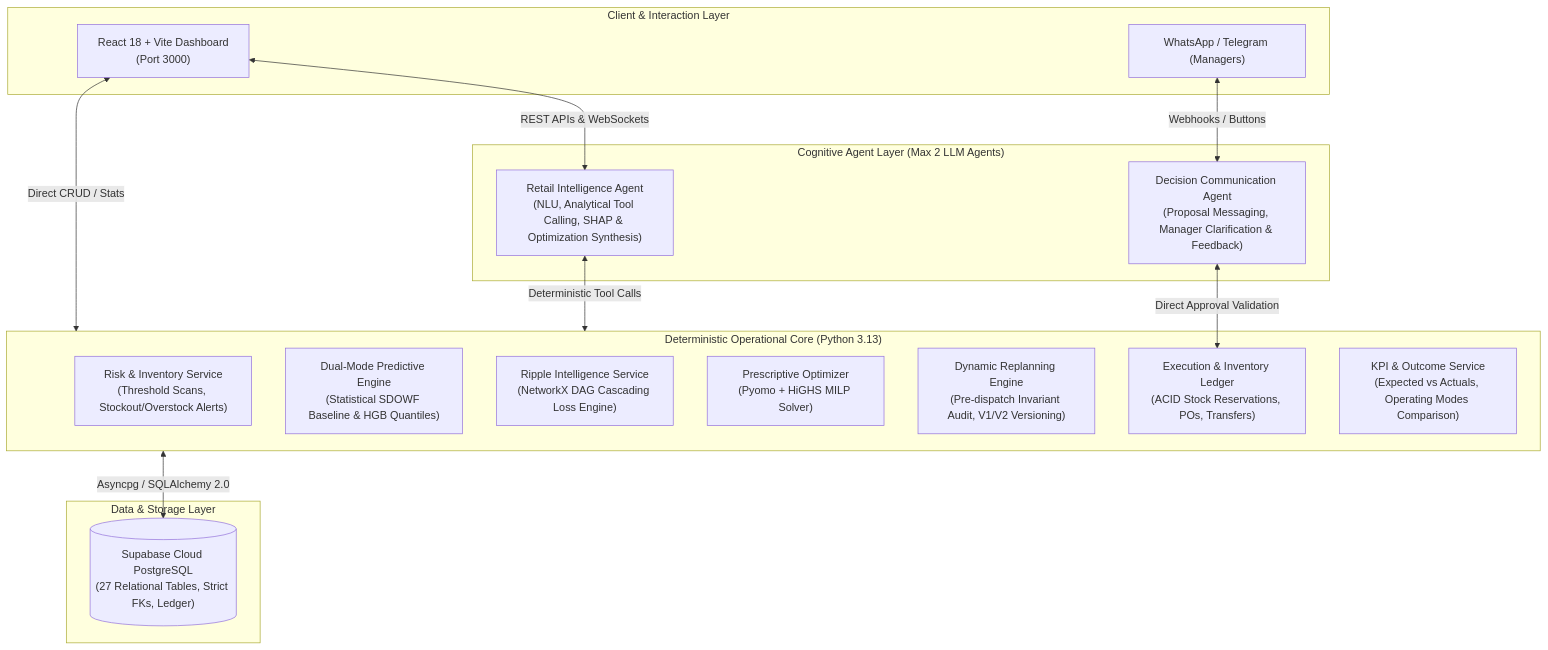
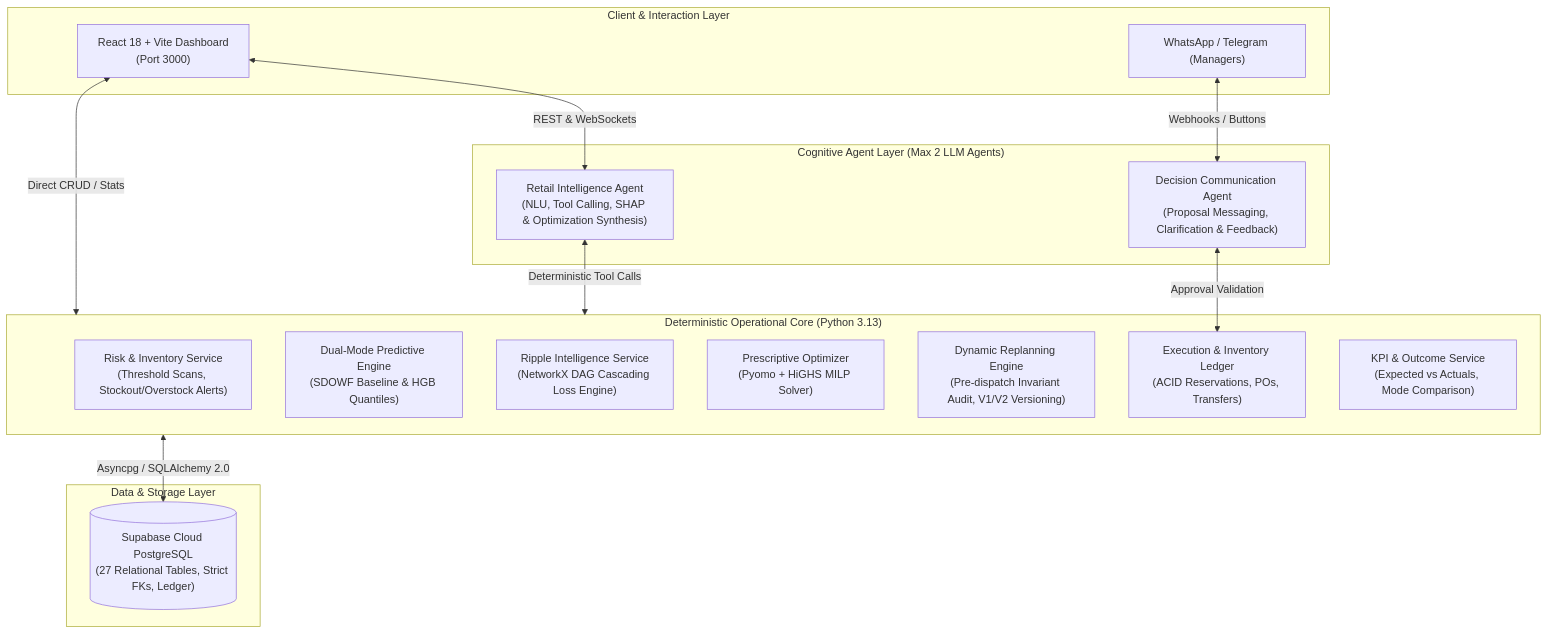
The diagram in README.md (boomiikas/RetailMindAI), drawn with Mermaid before and after one commit. The commit also changed other lines of this file, not shown here.

````diff
--- a/README.md
+++ b/README.md
@@ -17,33 +132,33 @@
 ```mermaid
 flowchart TD
     subgraph ClientLayer ["Client & Interaction Layer"]
         UI["React 18 + Vite Dashboard\n(Port 3000)"]
         WA["WhatsApp / Telegram (Managers)"]
     end
 
     subgraph AgentLayer ["Cognitive Agent Layer (Max 2 LLM Agents)"]
-        RIA["Retail Intelligence Agent\n(NLU, Analytical Tool Calling, SHAP & Optimization Synthesis)"]
-        DCA["Decision Communication Agent\n(Proposal Messaging, Manager Clarification & Feedback)"]
+        RIA["Retail Intelligence Agent\n(NLU, Tool Calling, SHAP & Optimization Synthesis)"]
+        DCA["Decision Communication Agent\n(Proposal Messaging, Clarification & Feedback)"]
     end
 
     subgraph ServiceLayer ["Deterministic Operational Core (Python 3.13)"]
         MON["Risk & Inventory Service\n(Threshold Scans, Stockout/Overstock Alerts)"]
-        PRED["Dual-Mode Predictive Engine\n(Statistical SDOWF Baseline & HGB Quantiles)"]
+        PRED["Dual-Mode Predictive Engine\n(SDOWF Baseline & HGB Quantiles)"]
         RIP["Ripple Intelligence Service\n(NetworkX DAG Cascading Loss Engine)"]
         OPT["Prescriptive Optimizer\n(Pyomo + HiGHS MILP Solver)"]
         REP["Dynamic Replanning Engine\n(Pre-dispatch Invariant Audit, V1/V2 Versioning)"]
-        EXEC["Execution & Inventory Ledger\n(ACID Stock Reservations, POs, Transfers)"]
-        PERF["KPI & Outcome Service\n(Expected vs Actuals, Operating Modes Comparison)"]
+        EXEC["Execution & Inventory Ledger\n(ACID Reservations, POs, Transfers)"]
+        PERF["KPI & Outcome Service\n(Expected vs Actuals, Mode Comparison)"]
     end
 
     subgraph DataLayer ["Data & Storage Layer"]
         DB[("Supabase Cloud PostgreSQL\n(27 Relational Tables, Strict FKs, Ledger)")]
     end
 
-    UI <-->|REST APIs & WebSockets| RIA
+    UI <-->|REST & WebSockets| RIA
     UI <-->|Direct CRUD / Stats| ServiceLayer
     WA <-->|Webhooks / Buttons| DCA
-    DCA <-->|Direct Approval Validation| EXEC
+    DCA <-->|Approval Validation| EXEC
     RIA <-->|Deterministic Tool Calls| ServiceLayer
     ServiceLayer <-->|Asyncpg / SQLAlchemy 2.0| DB
 ```
````
